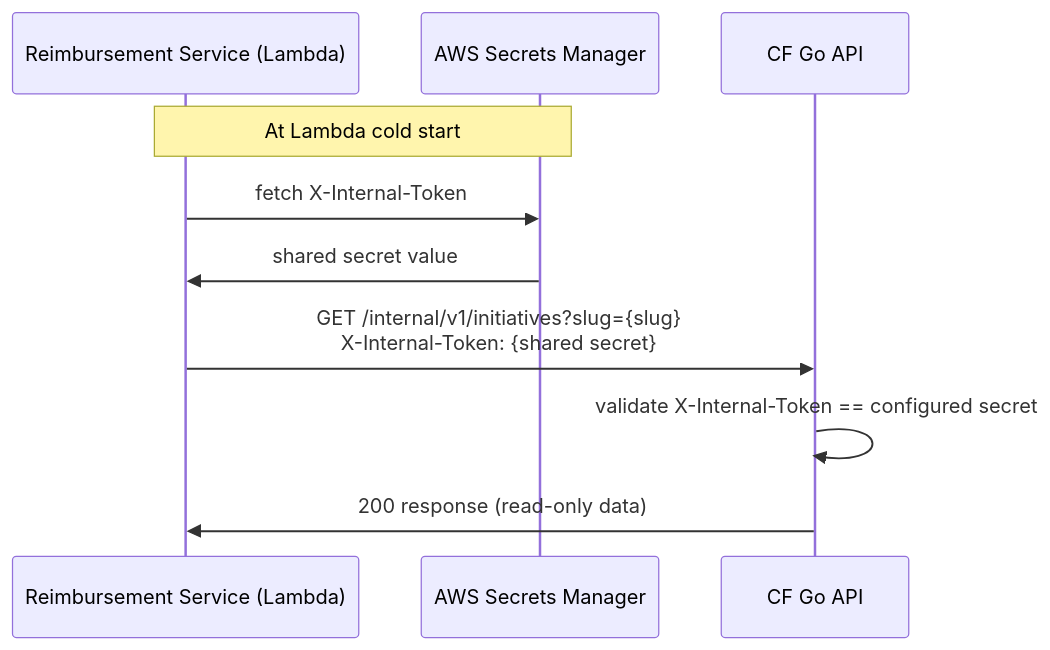
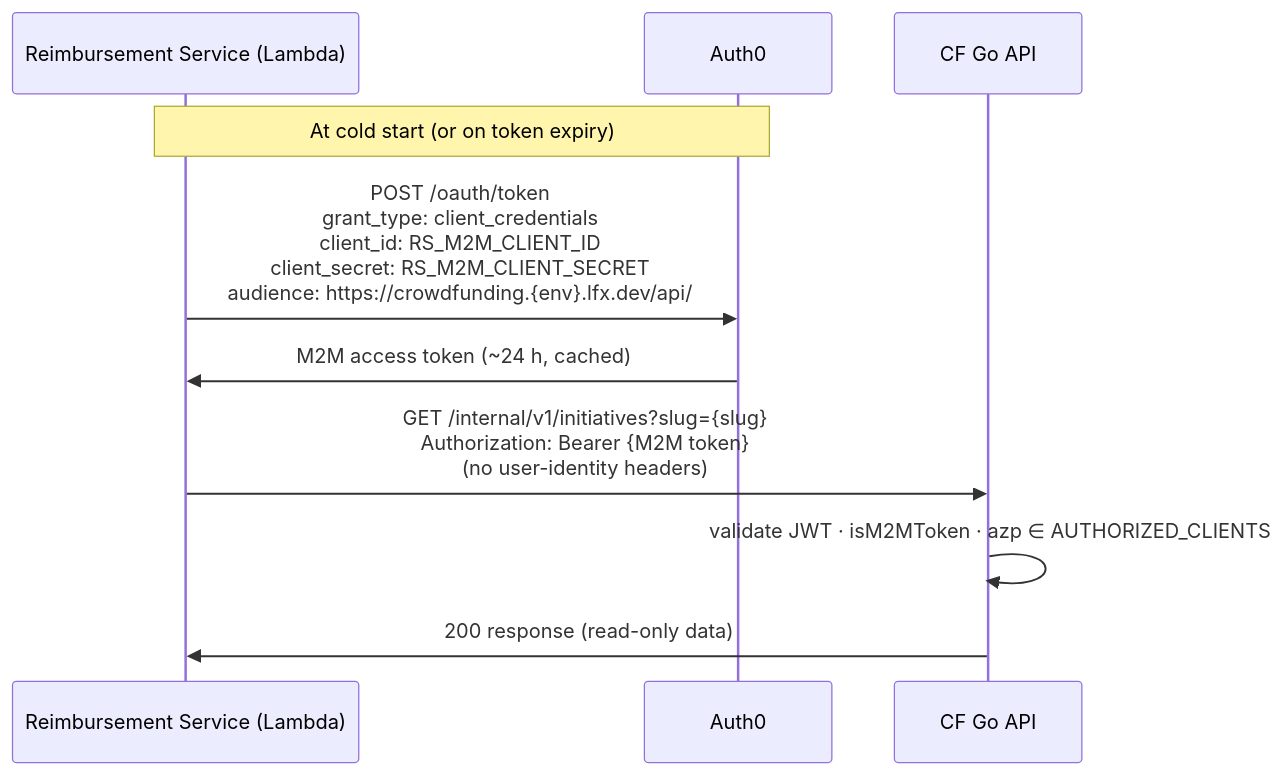
The seventh of 8 diagrams in backend/docs/rewrite/10-authentication-architecture-m2m.md (linuxfoundation/lfx-crowdfunding), drawn with Mermaid before and after one commit. The commit also changed other lines of this file, not shown here.

First line of the commit message:
docs(auth): make Reimbursement Service a third M2M caller

````diff
--- a/backend/docs/rewrite/10-authentication-architecture-m2m.md
+++ b/backend/docs/rewrite/10-authentication-architecture-m2m.md
@@ -225,14 +228,14 @@
 ```mermaid
 sequenceDiagram
     participant RS as Reimbursement Service (Lambda)
-    participant Secret as AWS Secrets Manager
+    participant Auth0
     participant API as CF Go API
 
-    Note over RS,Secret: At Lambda cold start
-    RS->>Secret: fetch X-Internal-Token
-    Secret->>RS: shared secret value
+    Note over RS,Auth0: At cold start (or on token expiry)
+    RS->>Auth0: POST /oauth/token<br/>grant_type: client_credentials<br/>client_id: RS_M2M_CLIENT_ID<br/>client_secret: RS_M2M_CLIENT_SECRET<br/>audience: https://crowdfunding.{env}.lfx.dev/api/
+    Auth0->>RS: M2M access token (~24 h, cached)
 
-    RS->>API: GET /internal/v1/initiatives?slug={slug}<br/>X-Internal-Token: {shared secret}
-    API->>API: validate X-Internal-Token == configured secret
+    RS->>API: GET /internal/v1/initiatives?slug={slug}<br/>Authorization: Bearer {M2M token}<br/>(no user-identity headers)
+    API->>API: validate JWT · isM2MToken · azp ∈ AUTHORIZED_CLIENTS
     API->>RS: 200 response (read-only data)
 ```
````
